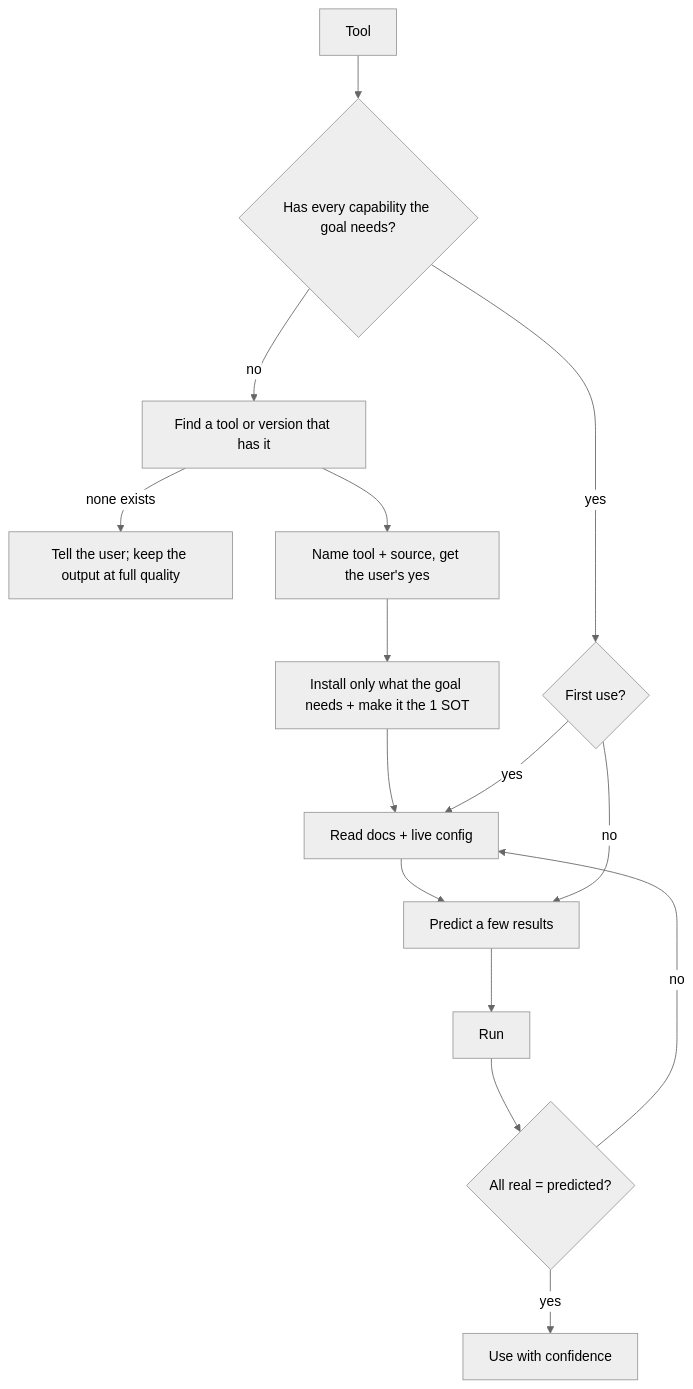
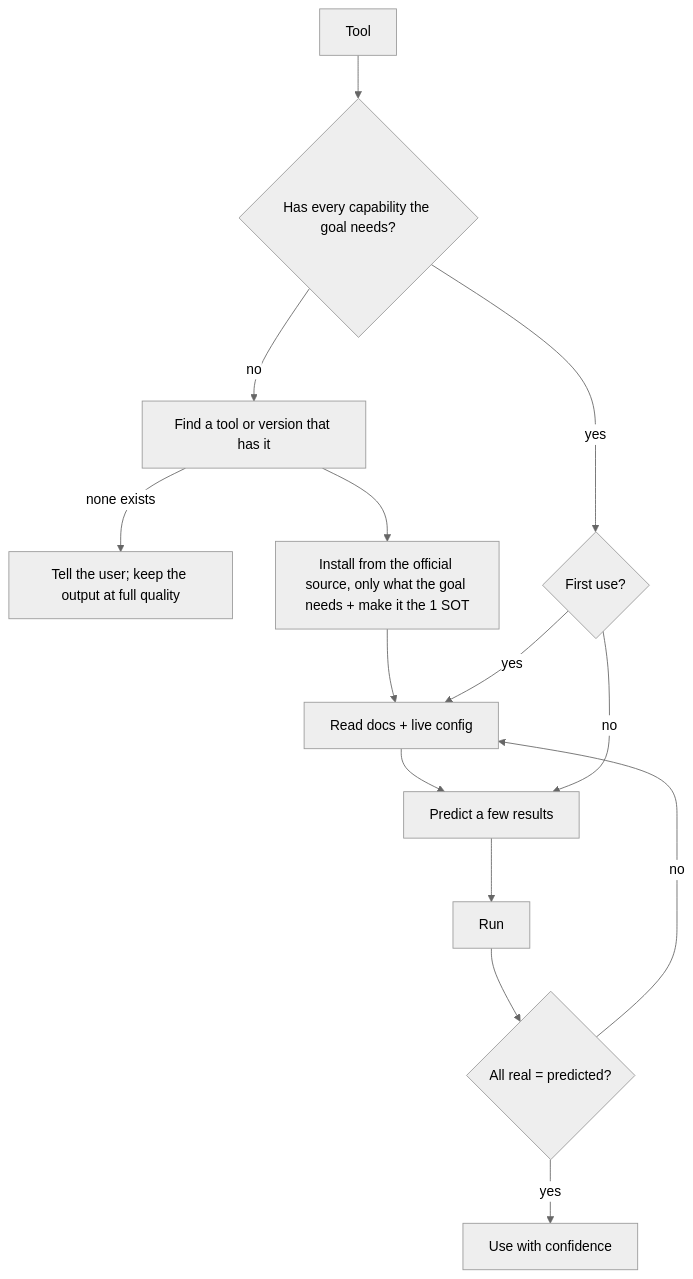
Before and after one commit to SolenixAI/arbiter: the fifth of 14 diagrams in AGENTS.md, drawn with Mermaid (neutral theme). The commit also changed other lines of this file, not shown here.

````diff
--- a/AGENTS.md
+++ b/AGENTS.md
@@ -192,13 +192,13 @@
 ```mermaid
 flowchart TD
   T[Tool] --> H{Has every capability the goal needs?}
   H -->|no| F[Find a tool or version that has it]
   F -->|none exists| X[Tell the user; keep the output at full quality]
-  F --> Y[Name tool + source, get the user's yes] --> I[Install only what the goal needs + make it the 1 SOT] --> D
+  F --> I[Install from the official source, only what the goal needs + make it the 1 SOT] --> D
   H -->|yes| FU{First use?}
   FU -->|yes| D[Read docs + live config] --> P[Predict a few results] --> R[Run]
   FU -->|no| P
   R --> C{All real = predicted?}
   C -->|no| D
   C -->|yes| U[Use with confidence]
 ```
````
